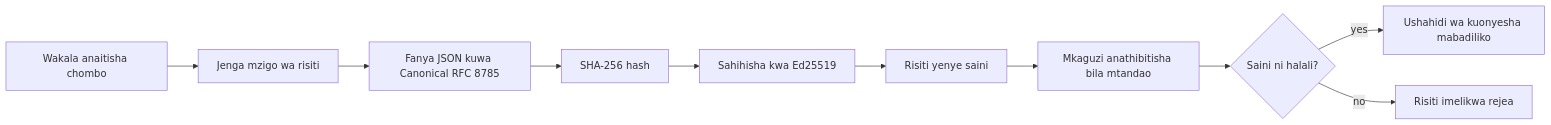
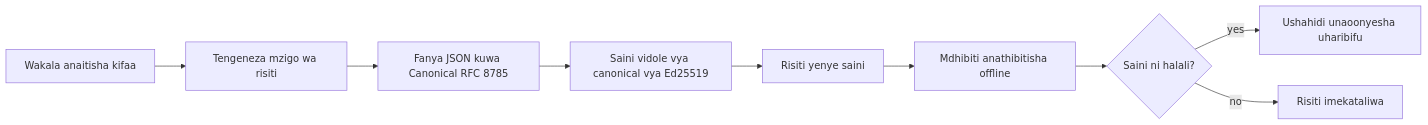
Before and after one commit to microsoft/ai-agents-for-beginners: the first of 2 diagrams in translations/sw/18-securing-ai-agents/README.md, drawn with Mermaid. The commit also changed other lines of this file and 47 other files, not shown here.

````diff
--- a/translations/sw/18-securing-ai-agents/README.md
+++ b/translations/sw/18-securing-ai-agents/README.md
@@ -51,12 +51,11 @@
 ```mermaid
 flowchart LR
-    A[Wakala anaitisha chombo] --> B[Jenga mzigo wa risiti]
+    A[Wakala anaitisha kifaa] --> B[Tengeneza mzigo wa risiti]
     B --> C[Fanya JSON kuwa Canonical RFC 8785]
-    C --> D[SHA-256 hash]
-    D --> E[Sahihisha kwa Ed25519]
+    C --> E[Saini vidole vya canonical vya Ed25519]
     E --> F[Risiti yenye saini]
-    F --> G[Mkaguzi anathibitisha bila mtandao]
+    F --> G[Mdhibiti anathibitisha offline]
     G --> H{Saini ni halali?}
-    H -- yes --> I[Ushahidi wa kuonyesha mabadiliko]
-    H -- no --> J[Risiti imelikwa rejea]
+    H -- yes --> I[Ushahidi unaoonyesha uharibifu]
+    H -- no --> J[Risiti imekataliwa]
 ```
````
